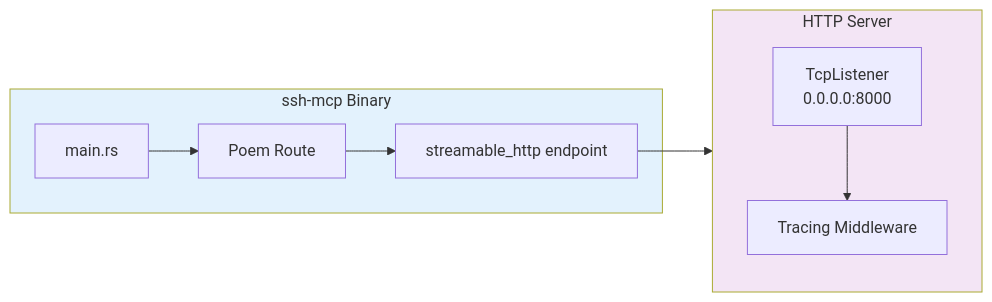
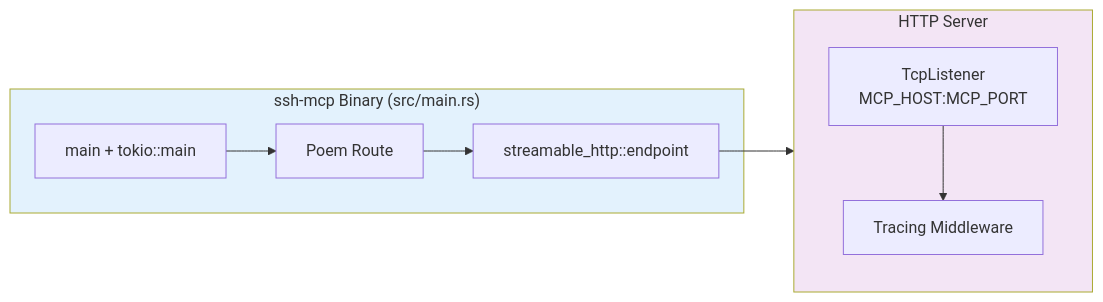
The ninth of 11 diagrams in docs/ARCHITECTURE.md (farchanjo/ssh-mcp), drawn with Mermaid before and after one commit. The commit also changed other lines of this file and 5 other files, not shown here.

````diff
--- a/docs/ARCHITECTURE.md
+++ b/docs/ARCHITECTURE.md
@@ -933,21 +744,21 @@
 ```mermaid
 flowchart LR
-    subgraph Binary["ssh-mcp Binary"]
-        Main["main.rs"]
+    subgraph Binary["ssh-mcp Binary (src/main.rs)"]
+        Main["main + tokio::main"]
         Route["Poem Route"]
-        Streamable["streamable_http endpoint"]
+        Streamable["streamable_http::endpoint"]
     end
 
     subgraph Server["HTTP Server"]
-        TCP["TcpListener<br/>0.0.0.0:8000"]
+        TCP["TcpListener<br/>MCP_HOST:MCP_PORT"]
         Tracing["Tracing Middleware"]
     end
 
     Main --> Route
     Route --> Streamable
     Streamable --> Server
     TCP --> Tracing
 
     style Binary fill:#e3f2fd
     style Server fill:#f3e5f5
 ```
````
